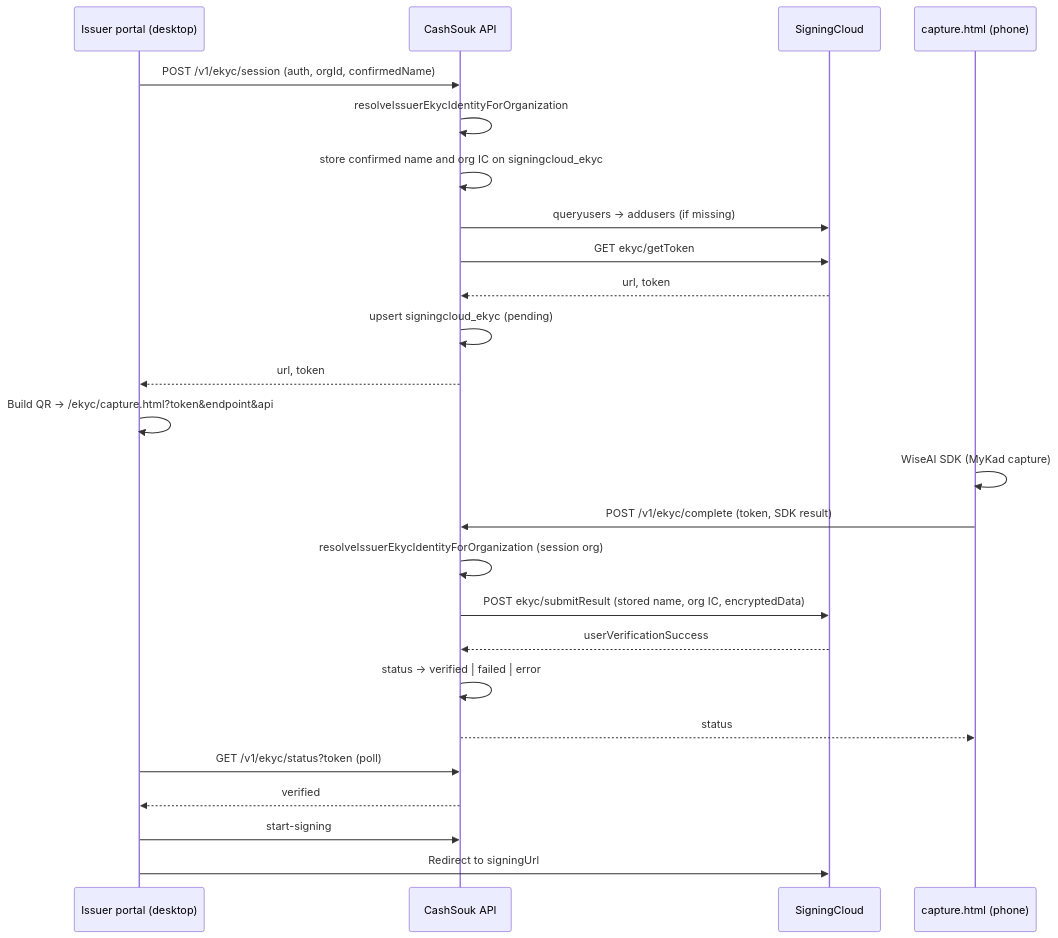
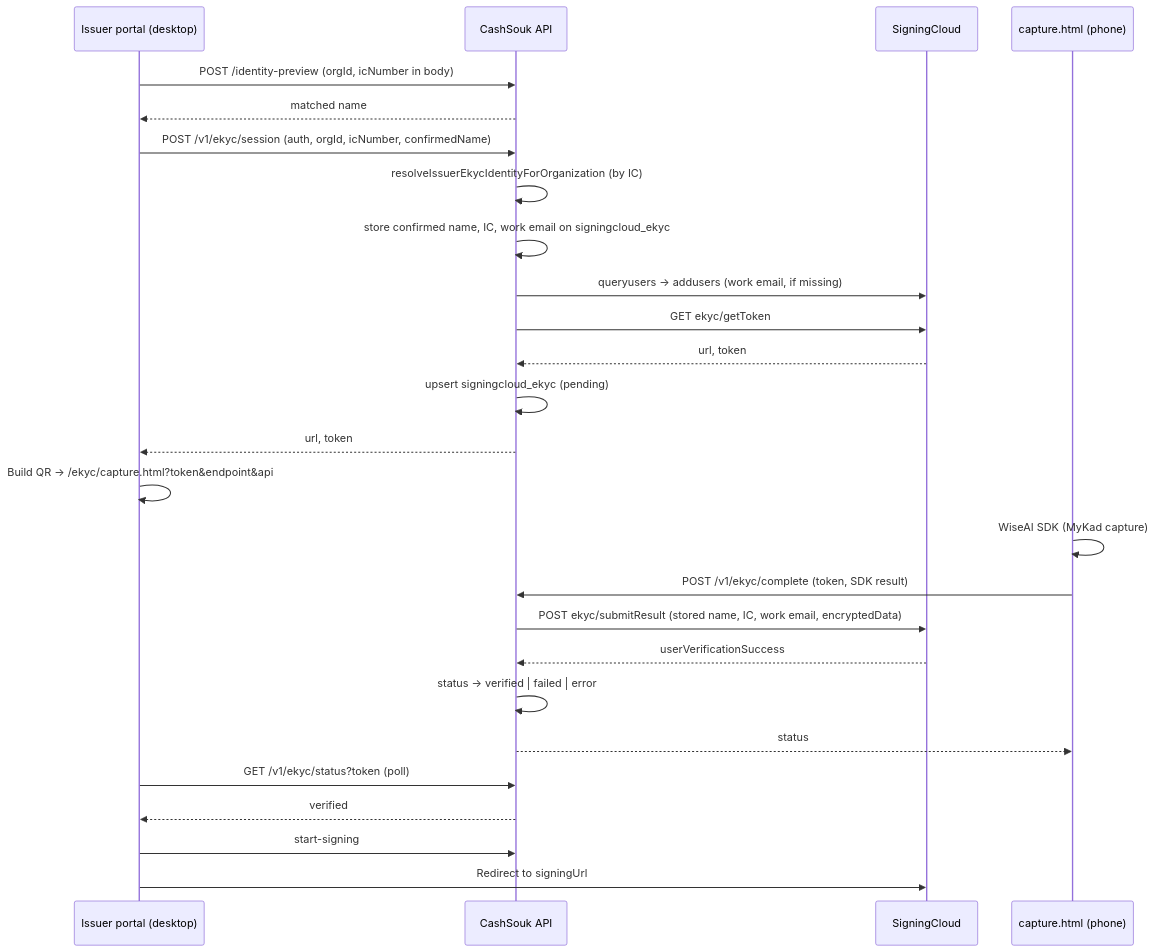
Before and after one commit to Malcan-Technologies/shoraka: the diagram in docs/integrations/signingcloud-ekyc-flow.md, drawn with Mermaid. The commit also changed other lines of this file and 13 other files, not shown here.

First line of the commit message:
refactor: SigningCloud eKYC per email with IC-matched identity (#201)

````diff
--- a/docs/integrations/signingcloud-ekyc-flow.md
+++ b/docs/integrations/signingcloud-ekyc-flow.md
@@ -21,30 +23,31 @@
 ```mermaid
 sequenceDiagram
   participant Desktop as Issuer portal (desktop)
   participant API as CashSouk API
   participant SC as SigningCloud
   participant Mobile as capture.html (phone)
 
-  Desktop->>API: POST /v1/ekyc/session (auth, orgId, confirmedName)
-  API->>API: resolveIssuerEkycIdentityForOrganization
-  API->>API: store confirmed name and org IC on signingcloud_ekyc
-  API->>SC: queryusers → addusers (if missing)
+  Desktop->>API: POST /identity-preview (orgId, icNumber in body)
+  API-->>Desktop: matched name
+  Desktop->>API: POST /v1/ekyc/session (auth, orgId, icNumber, confirmedName)
+  API->>API: resolveIssuerEkycIdentityForOrganization (by IC)
+  API->>API: store confirmed name, IC, work email on signingcloud_ekyc
+  API->>SC: queryusers → addusers (work email, if missing)
   API->>SC: GET ekyc/getToken
   SC-->>API: url, token
   API->>API: upsert signingcloud_ekyc (pending)
   API-->>Desktop: url, token
   Desktop->>Desktop: Build QR → /ekyc/capture.html?token&endpoint&api
 
   Mobile->>Mobile: WiseAI SDK (MyKad capture)
   Mobile->>API: POST /v1/ekyc/complete (token, SDK result)
-  API->>API: resolveIssuerEkycIdentityForOrganization (session org)
-  API->>SC: POST ekyc/submitResult (stored name, org IC, encryptedData)
+  API->>SC: POST ekyc/submitResult (stored name, IC, work email, encryptedData)
   SC-->>API: userVerificationSuccess
   API->>API: status → verified | failed | error
   API-->>Mobile: status
 
   Desktop->>API: GET /v1/ekyc/status?token (poll)
   API-->>Desktop: verified
   Desktop->>API: start-signing
   Desktop->>SC: Redirect to signingUrl
 ```
````
